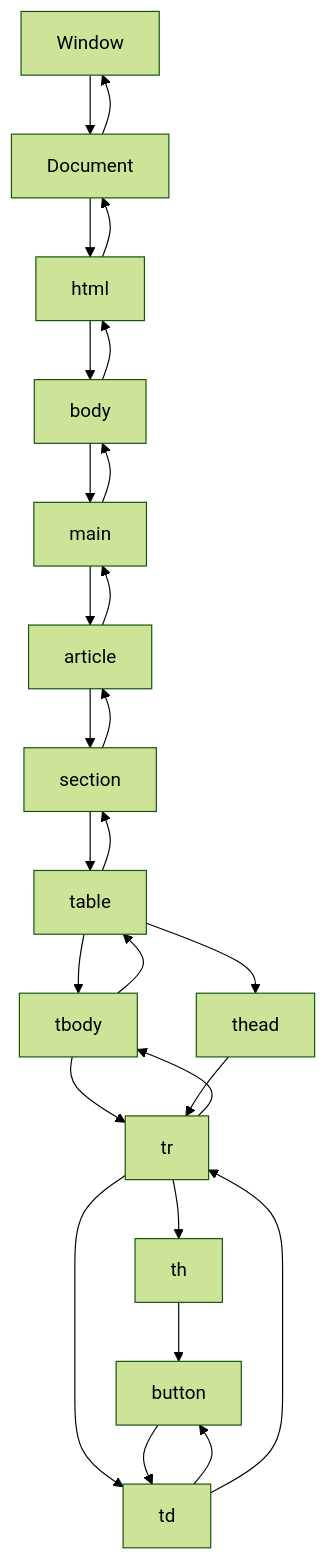
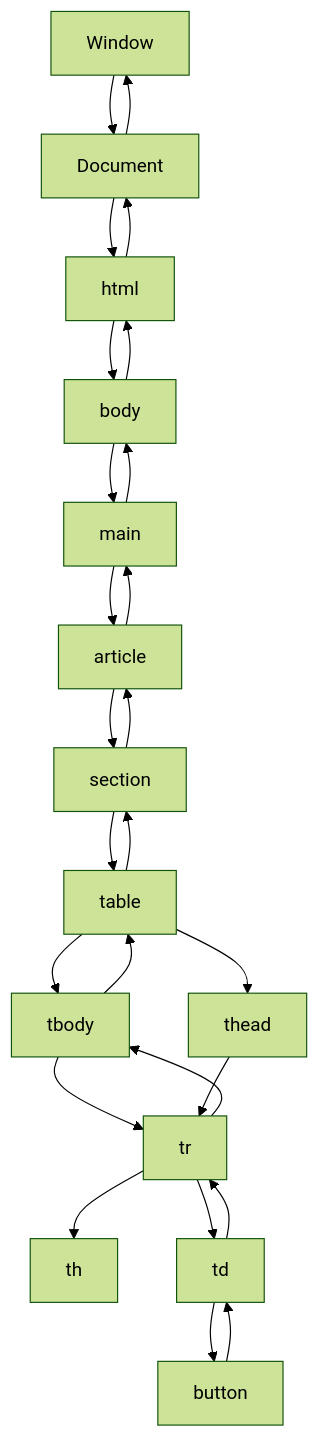
The second of 2 diagrams in README.md (code2-0/.MD_file_syntax), drawn with Mermaid (forest theme) before and after one commit.

Commit message:
Update README.md
Window2

````diff
--- a/README.md
+++ b/README.md
@@ -371,30 +371,29 @@
 ```mermaid
   graph TD;
       Window-->Document;
       Document-->html;
       html-->body;
       body-->main;
       main-->article;
       article-->section;
       section-->table;
       table-->tbody;
       table-->thead;
       tbody-->tr;
       thead-->tr;
       tr-->th;
       tr-->td;
       td-->button;
-      th-->button;
       button-->td;
       td-->tr;
       tr-->tbody;
       tbody-->table;
       table-->section;
       section-->article;
       article-->main;
       main-->body;
       body-->html;
       html-->Document;
       Document-->Window;      
 
 ```
````
